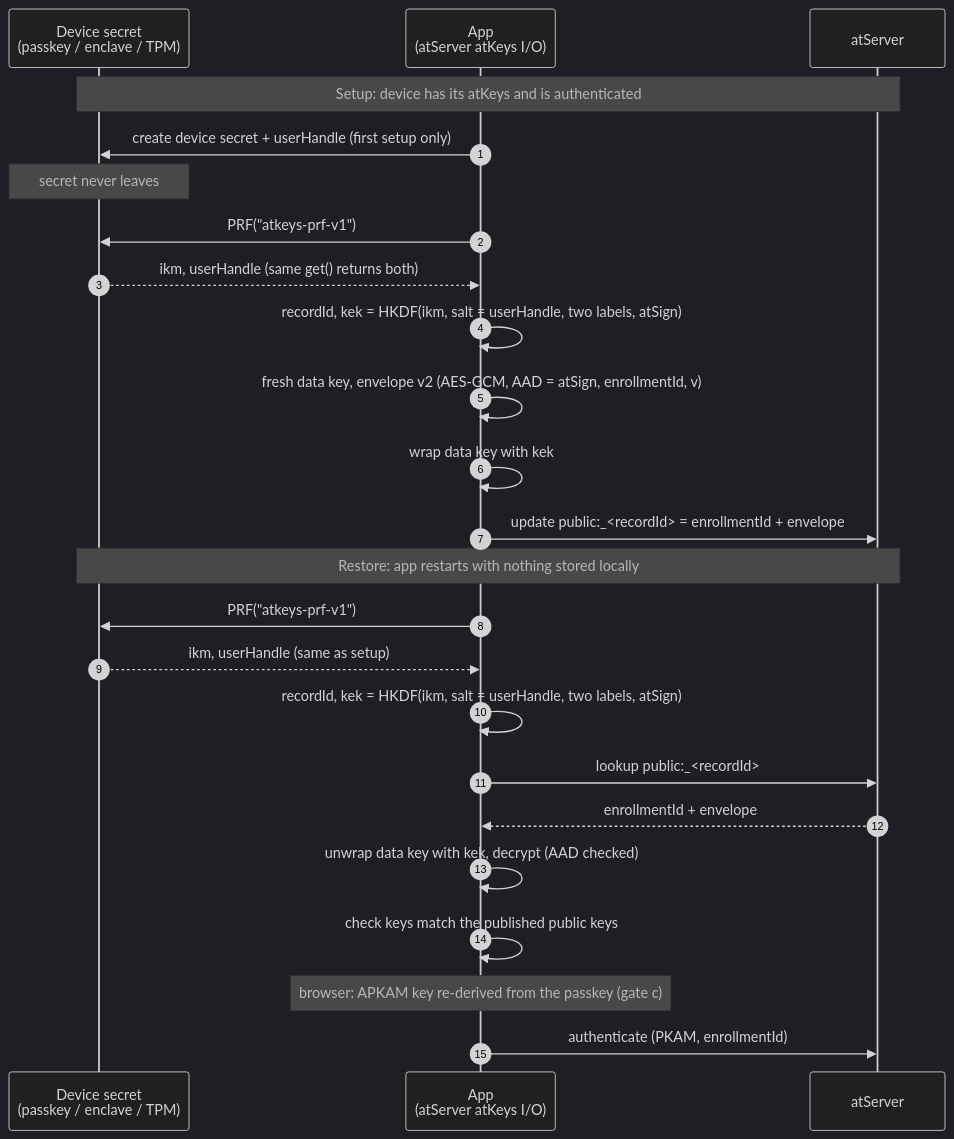
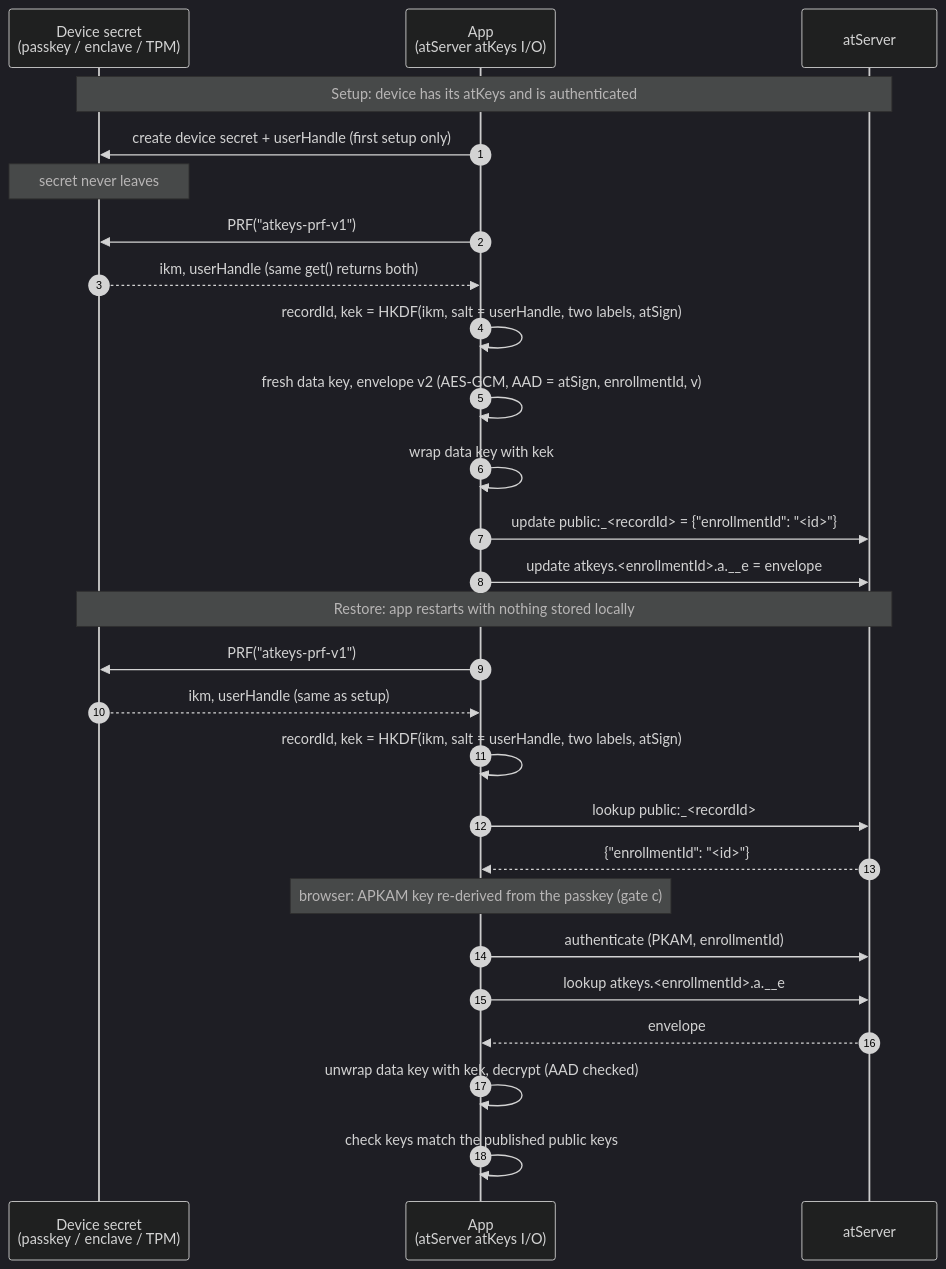
The diagram in docs/projects/key-sources/prf-server-keys-blob.md (atsign-foundation/at_client_sdk), drawn with Mermaid (dark theme) before and after one commit. The commit also changed other lines of this file and 4 other files, not shown here.

````diff
--- a/docs/projects/key-sources/prf-server-keys-blob.md
+++ b/docs/projects/key-sources/prf-server-keys-blob.md
@@ -95,28 +97,31 @@
 ```mermaid
 sequenceDiagram
     autonumber
     participant S as Device secret<br/>(passkey / enclave / TPM)
     participant A as App<br/>(atServer atKeys I/O)
     participant AS as atServer
 
     Note over S,AS: Setup: device has its atKeys and is authenticated
     A->>S: create device secret + userHandle (first setup only)
     Note over S: secret never leaves
     A->>S: PRF("atkeys-prf-v1")
     S-->>A: ikm, userHandle (same get() returns both)
     A->>A: recordId, kek = HKDF(ikm, salt = userHandle, two labels, atSign)
     A->>A: fresh data key, envelope v2 (AES-GCM, AAD = atSign, enrollmentId, v)
     A->>A: wrap data key with kek
-    A->>AS: update public:_<recordId> = enrollmentId + envelope
+    A->>AS: update public:_<recordId> = {"enrollmentId": "<id>"}
+    A->>AS: update atkeys.<enrollmentId>.a.__e = envelope
 
     Note over S,AS: Restore: app restarts with nothing stored locally
     A->>S: PRF("atkeys-prf-v1")
     S-->>A: ikm, userHandle (same as setup)
     A->>A: recordId, kek = HKDF(ikm, salt = userHandle, two labels, atSign)
     A->>AS: lookup public:_<recordId>
-    AS-->>A: enrollmentId + envelope
+    AS-->>A: {"enrollmentId": "<id>"}
+    Note over A: browser: APKAM key re-derived from the passkey (gate c)
+    A->>AS: authenticate (PKAM, enrollmentId)
+    A->>AS: lookup atkeys.<enrollmentId>.a.__e
+    AS-->>A: envelope
     A->>A: unwrap data key with kek, decrypt (AAD checked)
     A->>A: check keys match the published public keys
-    Note over A: browser: APKAM key re-derived from the passkey (gate c)
-    A->>AS: authenticate (PKAM, enrollmentId)
 ```
````
